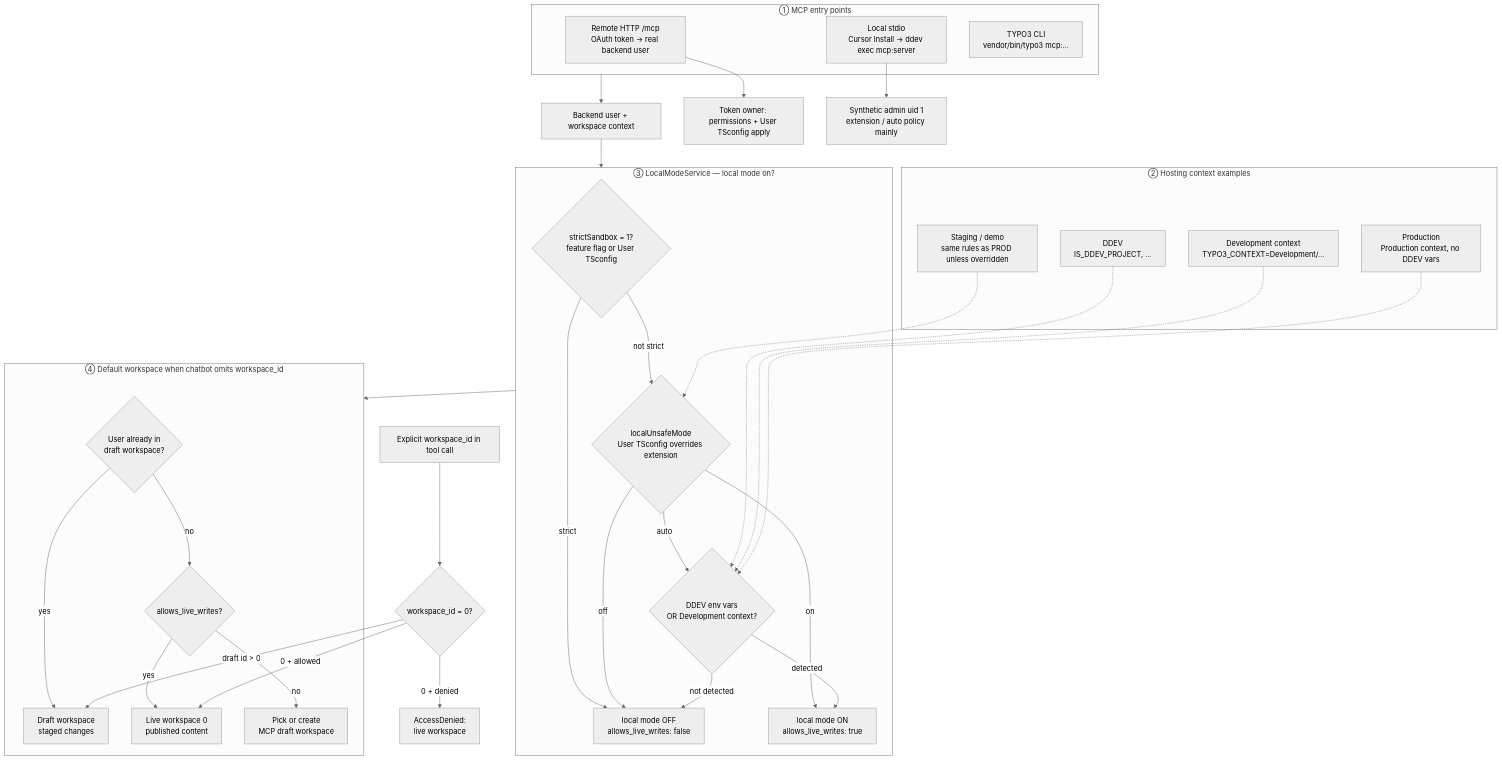
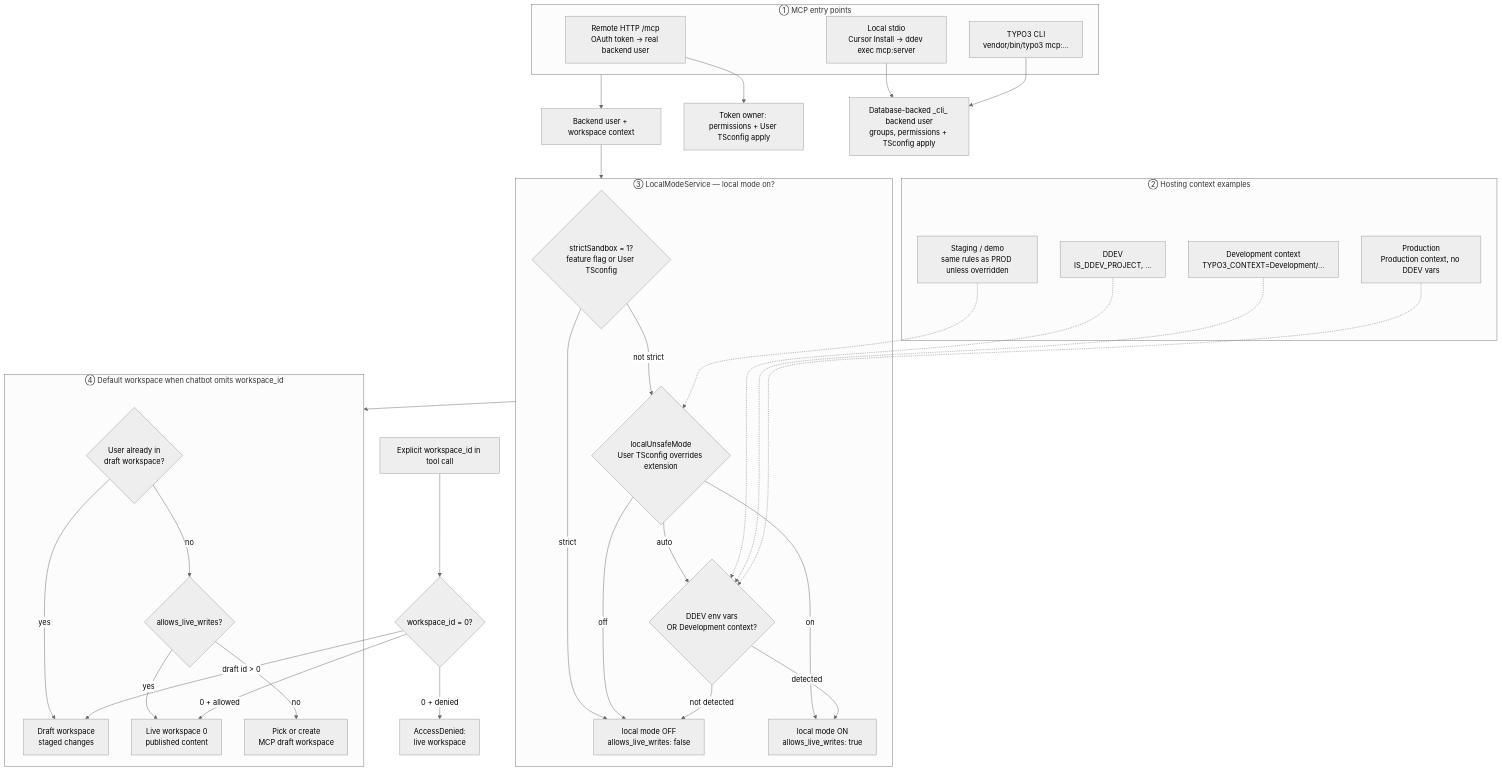
One commit to dirnbauer/typo3-mcp-server changed the diagram in README.md. Above: the diagram before and after it, drawn with Mermaid (neutral theme). The commit also changed other lines of this file and 212 other files, not shown here.

````diff
--- a/README.md
+++ b/README.md
@@ -519,52 +689,53 @@
 ```mermaid
 flowchart TB
     subgraph EP["① MCP entry points"]
         HTTP["Remote HTTP /mcp<br/>OAuth token → real backend user"]
         STDIO["Local stdio<br/>Cursor Install → ddev exec mcp:server"]
         CLI["TYPO3 CLI<br/>vendor/bin/typo3 mcp:…"]
     end
 
     subgraph ENV["② Hosting context examples"]
         DDEV["DDEV<br/>IS_DDEV_PROJECT, …"]
         DEVCTX["Development context<br/>TYPO3_CONTEXT=Development/…"]
         PROD["Production<br/>Production context, no DDEV vars"]
         STAGE["Staging / demo<br/>same rules as PROD unless overridden"]
     end
 
     EP --> CTX["Backend user + workspace context"]
     HTTP --> REAL["Token owner: permissions + User TSconfig apply"]
-    STDIO --> SYNTH["Synthetic admin uid 1<br/>extension / auto policy mainly"]
+    STDIO --> CLIUSER["Database-backed _cli_ backend user<br/>groups, permissions + TSconfig apply"]
+    CLI --> CLIUSER
 
     CTX --> POLICY
 
     subgraph POLICY["③ LocalModeService — local mode on?"]
         SB{"strictSandbox = 1?<br/>feature flag or User TSconfig"}
         SB -- strict --> OFF["local mode OFF<br/>allows_live_writes: false"]
         SB -- not strict --> CFG{"localUnsafeMode<br/>User TSconfig overrides extension"}
         CFG -- on --> ON["local mode ON<br/>allows_live_writes: true"]
         CFG -- off --> OFF
         CFG -- auto --> AUTO{"DDEV env vars<br/>OR Development context?"}
         AUTO -- detected --> ON
         AUTO -- not detected --> OFF
     end
 
     POLICY --> WS
 
     subgraph WS["④ Default workspace when chatbot omits workspace_id"]
         CUR{"User already in<br/>draft workspace?"}
         CUR -- yes --> DRAFT["Draft workspace<br/>staged changes"]
         CUR -- no --> ALLOW{"allows_live_writes?"}
         ALLOW -- yes --> LIVE["Live workspace 0<br/>published content"]
         ALLOW -- no --> PICK["Pick or create<br/>MCP draft workspace"]
     end
 
     EX["Explicit workspace_id in tool call"] --> EX0{"workspace_id = 0?"}
     EX0 -- "0 + allowed" --> LIVE
     EX0 -- "0 + denied" --> DENY["AccessDenied:<br/>live workspace"]
     EX0 -- "draft id > 0" --> DRAFT
 
     DDEV -.-> AUTO
     DEVCTX -.-> AUTO
     PROD -.-> AUTO
     STAGE -.-> CFG
 ```
````
